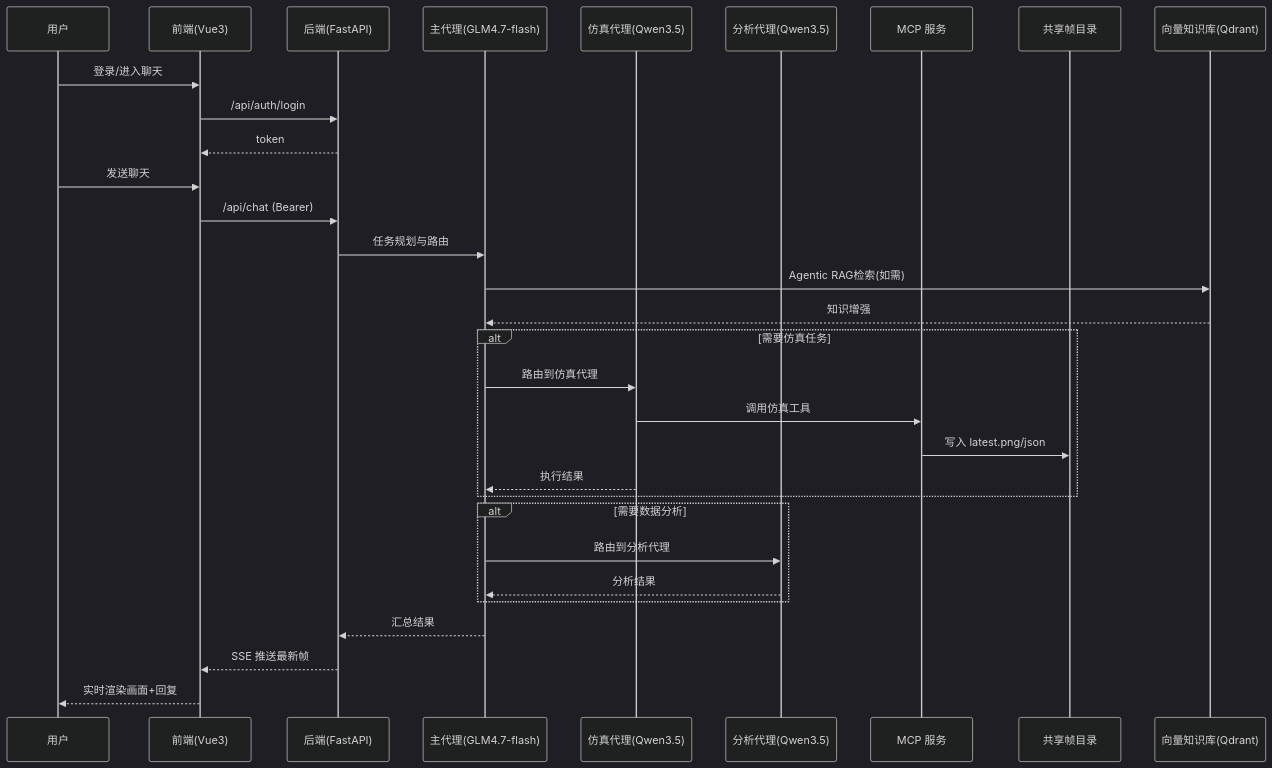
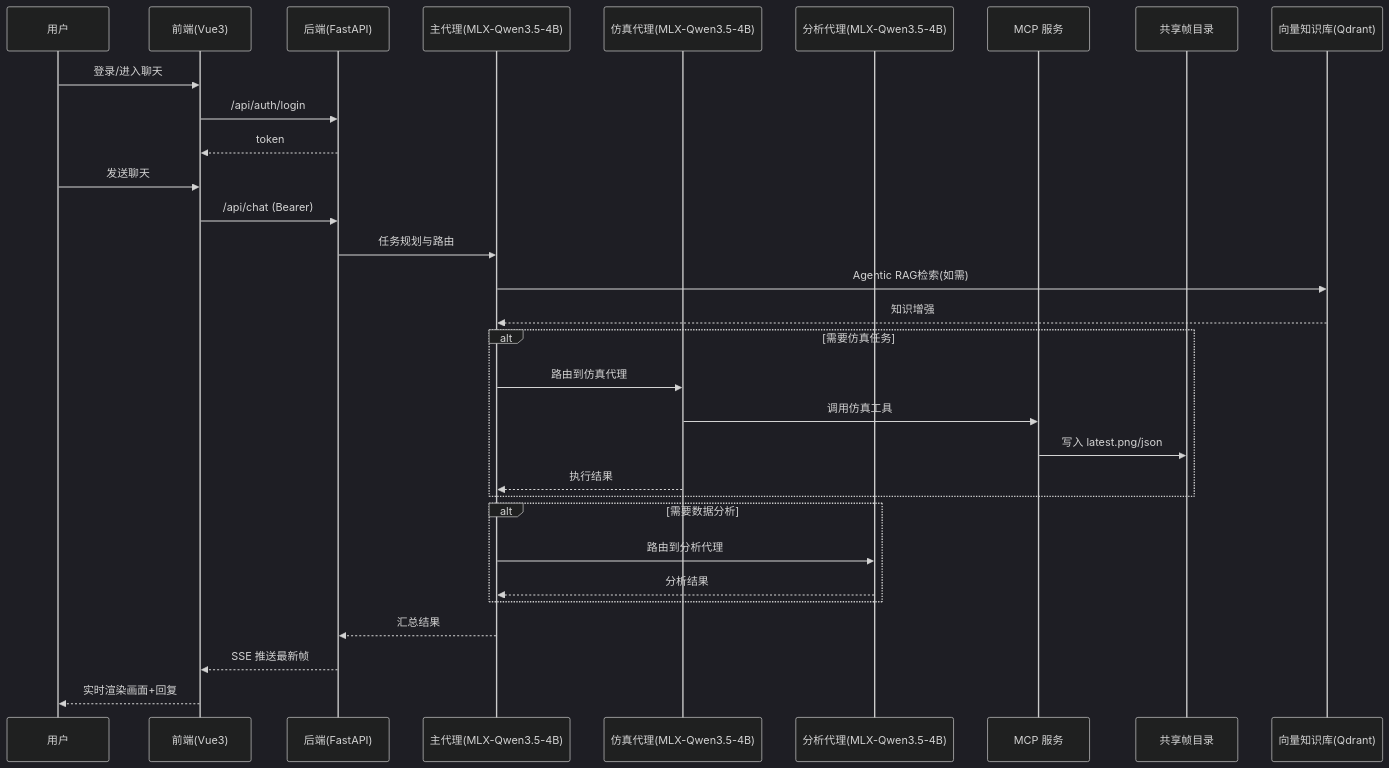
One commit to Playitcooool/robotagent changed the diagram in charts/sequence.md. Above: the diagram before and after it, drawn with Mermaid (dark theme). The commit also changed 5 other files, not shown here.

First line of the commit message:
V4.7.19 Update docs: OMLX local inference, 3-agent architecture, revised Chapter 1 & 3 experiments

````diff
--- a/charts/sequence.md
+++ b/charts/sequence.md
@@ -3,38 +3,38 @@
 ```mermaid
 sequenceDiagram
   participant U as 用户
   participant FE as 前端(Vue3)
   participant BE as 后端(FastAPI)
-  participant Main as 主代理(GLM4.7-flash)
-  participant Sim as 仿真代理(Qwen3.5)
-  participant Anal as 分析代理(Qwen3.5)
+  participant Main as 主代理(MLX-Qwen3.5-4B)
+  participant Sim as 仿真代理(MLX-Qwen3.5-4B)
+  participant Anal as 分析代理(MLX-Qwen3.5-4B)
   participant MCP as MCP 服务
   participant SIM as 共享帧目录
   participant RAG as 向量知识库(Qdrant)
 
   U->>FE: 登录/进入聊天
   FE->>BE: /api/auth/login
   BE-->>FE: token
 
   U->>FE: 发送聊天
   FE->>BE: /api/chat (Bearer)
   BE->>Main: 任务规划与路由
   Main->>RAG: Agentic RAG检索(如需)
   RAG-->>Main: 知识增强
 
   alt 需要仿真任务
     Main->>Sim: 路由到仿真代理
     Sim->>MCP: 调用仿真工具
     MCP->>SIM: 写入 latest.png/json
     Sim-->>Main: 执行结果
   end
 
   alt 需要数据分析
     Main->>Anal: 路由到分析代理
     Anal-->>Main: 分析结果
   end
 
   Main-->>BE: 汇总结果
   BE-->>FE: SSE 推送最新帧
   FE-->>U: 实时渲染画面+回复
 ```
````
